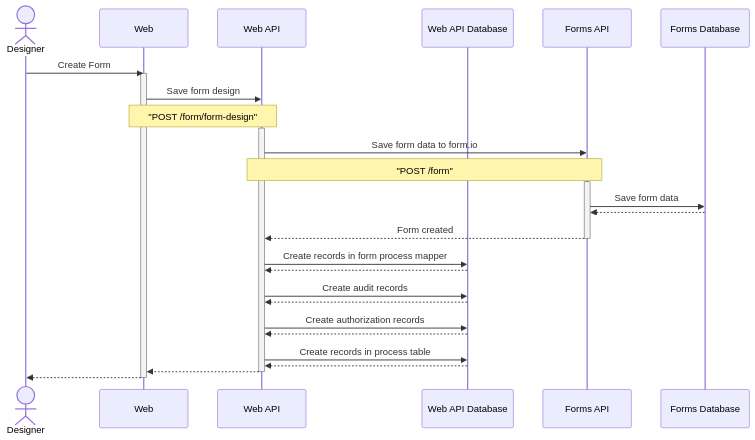
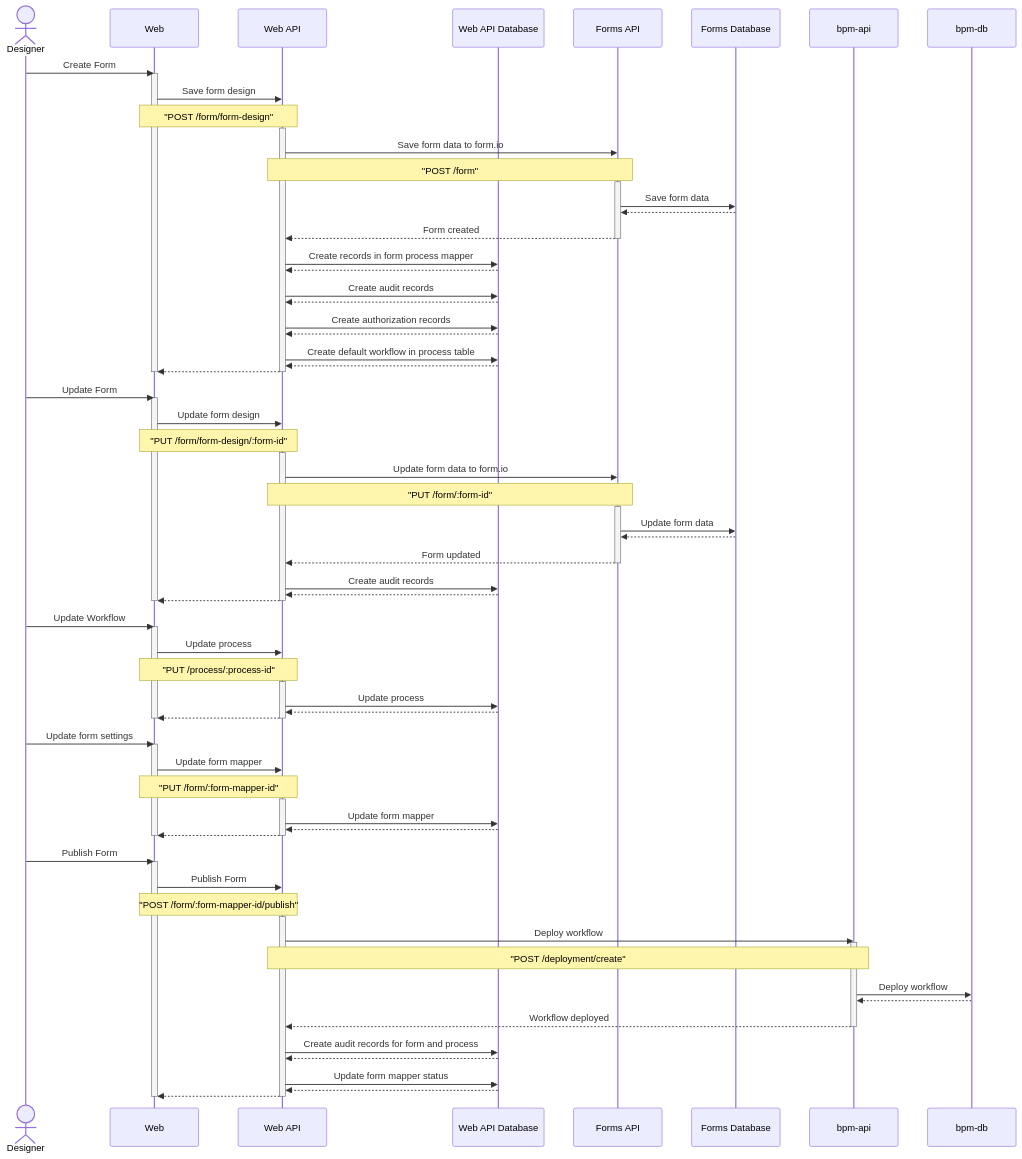
One commit to AOT-Technologies/forms-flow-ai changed the diagram in docs/sequence-diagrams/designer-flow.md. Above: the diagram before and after it, drawn with Mermaid. The commit also changed 1 other file, not shown here.

Commit message:
[refactor] Enhance sequence diagram for designer  to include update and publish actions

```diff
--- a/docs/sequence-diagrams/designer-flow.md
+++ b/docs/sequence-diagrams/designer-flow.md
@@ -29,12 +29,71 @@
     web-api-db -->> web-api:
     web-api ->> web-api-db: Create authorization records
     web-api-db -->> web-api:
-    web-api ->> web-api-db: Create records in process table
+    web-api ->> web-api-db: Create default workflow in process table
+    web-api-db -->> web-api : 
+    web-api -->> web : 
+    deactivate web-api
+    deactivate web
+
+    Designer ->> web: Update Form
+    activate web
+    web ->> web-api: Update form design
+    Note over web,web-api: "PUT /form/form-design/:form-id"
+    activate web-api
+    web-api ->> forms-api: Update form data to form.io
+    Note over web-api,forms-api: "PUT /form/:form-id"
+    activate forms-api
+    forms-api->>forms-db: Update form data
+    forms-db-->>forms-api: 
+    forms-api -->> web-api: Form updated
+    deactivate forms-api
+    web-api ->> web-api-db: Create audit records
     web-api-db -->> web-api:
     web-api -->> web : 
     deactivate web-api
-    web -->> Designer : 
     deactivate web
+
+    Designer ->> web: Update Workflow
+    activate web
+    web ->> web-api: Update process
+    Note over web,web-api: "PUT /process/:process-id"
+    activate web-api
+    web-api ->> web-api-db: Update process
+    web-api-db -->> web-api:
+    web-api -->> web:
+    deactivate web-api 
+    deactivate web
+
+    Designer ->> web: Update form settings
+    activate web
+    web ->> web-api: Update form mapper
+    Note over web,web-api: "PUT /form/:form-mapper-id"
+    activate web-api
+    web-api ->> web-api-db: Update form mapper
+    web-api-db -->> web-api:
+    web-api -->> web:
+    deactivate web-api 
+    deactivate web
+
+    Designer ->> web: Publish Form
+    activate web
+    web ->> web-api: Publish Form
+    Note over web,web-api: "POST /form/:form-mapper-id/publish"
+    activate web-api
+    web-api->>bpm-api: Deploy workflow
+    activate bpm-api
+    Note over web-api,bpm-api: "POST /deployment/create"
+    bpm-api ->> bpm-db: Deploy workflow
+    bpm-db -->> bpm-api: 
+    bpm-api -->> web-api: Workflow deployed
+    deactivate bpm-api
+    web-api ->> web-api-db: Create audit records for form and process
+    web-api-db -->> web-api:
+    web-api ->> web-api-db: Update form mapper status
+    web-api-db -->> web-api:
+    web-api -->> web:
+    deactivate web-api
+    deactivate web  
 
 
 
```
